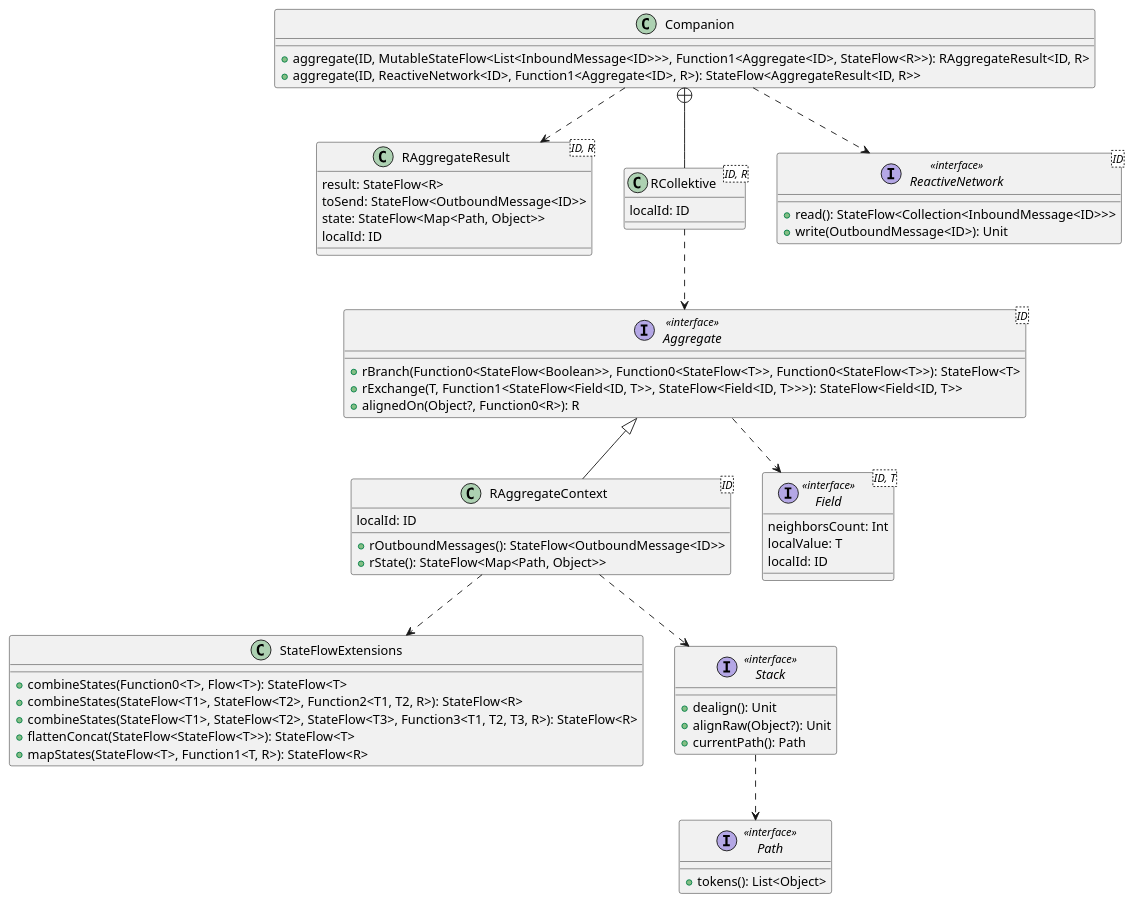
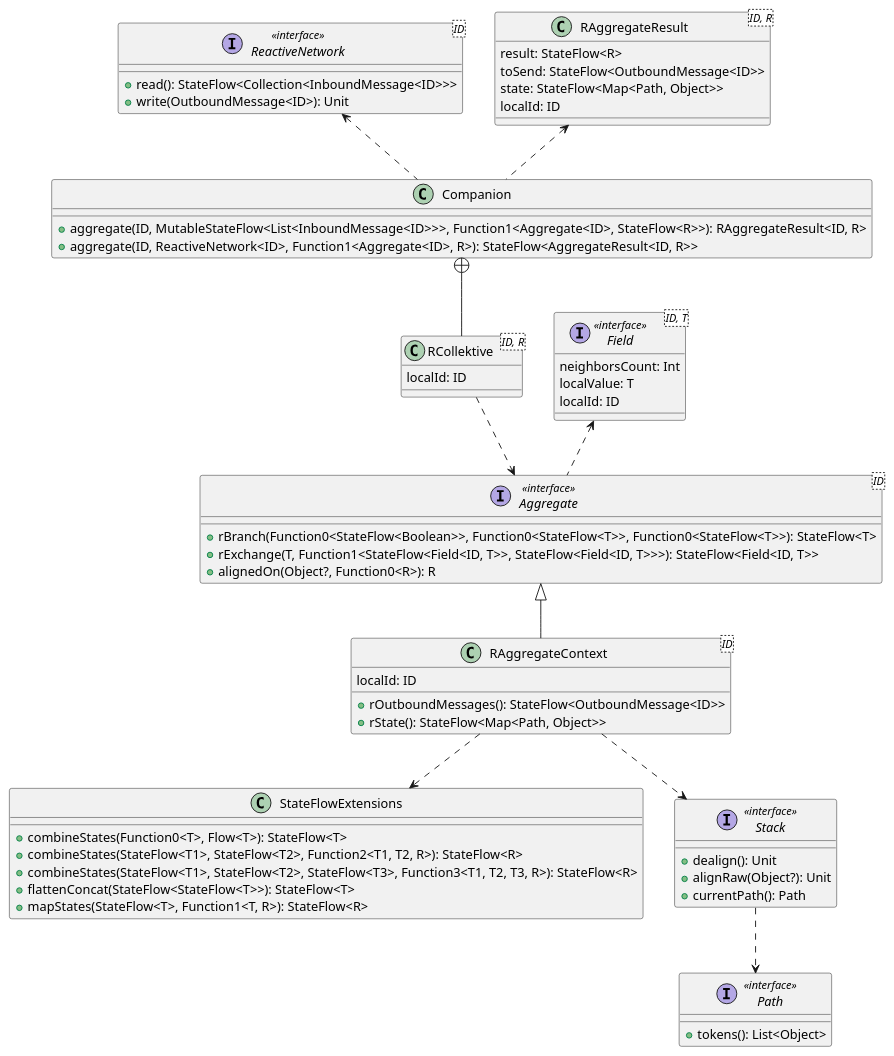
Before and after one commit to FilippoVissani/master-thesis: the diagram in diagrams/collektive-prm-design.puml, drawn with PlantUML. The commit also changed 12 other files, not shown here.

```diff
--- a/diagrams/collektive-prm-design.puml
+++ b/diagrams/collektive-prm-design.puml
@@ -1,70 +1,70 @@
 @startuml
 
 class StateFlowExtensions {
   + combineStates(Function0<T>, Flow<T>): StateFlow<T>
   + combineStates(StateFlow<T1>, StateFlow<T2>, Function2<T1, T2, R>): StateFlow<R>
   + combineStates(StateFlow<T1>, StateFlow<T2>, StateFlow<T3>, Function3<T1, T2, T3, R>): StateFlow<R>
   + flattenConcat(StateFlow<StateFlow<T>>): StateFlow<T>
   + mapStates(StateFlow<T>, Function1<T, R>): StateFlow<R>
 }
 
 interface Aggregate<ID> << interface >> {
   + rBranch(Function0<StateFlow<Boolean>>, Function0<StateFlow<T>>, Function0<StateFlow<T>>): StateFlow<T>
   + rExchange(T, Function1<StateFlow<Field<ID, T>>, StateFlow<Field<ID, T>>>): StateFlow<Field<ID, T>>
   + alignedOn(Object?, Function0<R>): R
 }
 
 class RAggregateContext<ID> {
     + rOutboundMessages(): StateFlow<OutboundMessage<ID>>
     + rState(): StateFlow<Map<Path, Object>>
     localId: ID
 }
 
 class RAggregateResult<ID, R> {
    result: StateFlow<R>
    toSend: StateFlow<OutboundMessage<ID>>
    state: StateFlow<Map<Path, Object>>
    localId: ID
 }
 
 class RCollektive<ID, R> {
    localId: ID
 }
 
 interface ReactiveNetwork<ID> << interface >> {
   + read(): StateFlow<Collection<InboundMessage<ID>>>
   + write(OutboundMessage<ID>): Unit
 }
 
 class Companion {
   + aggregate(ID, MutableStateFlow<List<InboundMessage<ID>>>, Function1<Aggregate<ID>, StateFlow<R>>): RAggregateResult<ID, R>
   + aggregate(ID, ReactiveNetwork<ID>, Function1<Aggregate<ID>, R>): StateFlow<AggregateResult<ID, R>>
 }
 
 interface Stack << interface >> {
   + dealign(): Unit
   + alignRaw(Object?): Unit
   + currentPath(): Path
 }
 
 interface Path << interface >> {
   + tokens(): List<Object>
 }
 
 interface Field<ID, T> << interface >> {
    neighborsCount: Int
    localValue: T
    localId: ID
 }
 
 Companion +-- RCollektive
 RAggregateContext -up-|> Aggregate
 Stack ..> Path
 RAggregateContext ..> Stack
 RAggregateContext ..> StateFlowExtensions
-Aggregate ..> Field
+Aggregate .up.> Field
 RCollektive ..> Aggregate
-Companion ..> RAggregateResult
-Companion ..> ReactiveNetwork
+Companion .up.> RAggregateResult
+Companion .up.> ReactiveNetwork
 
 @enduml
```
